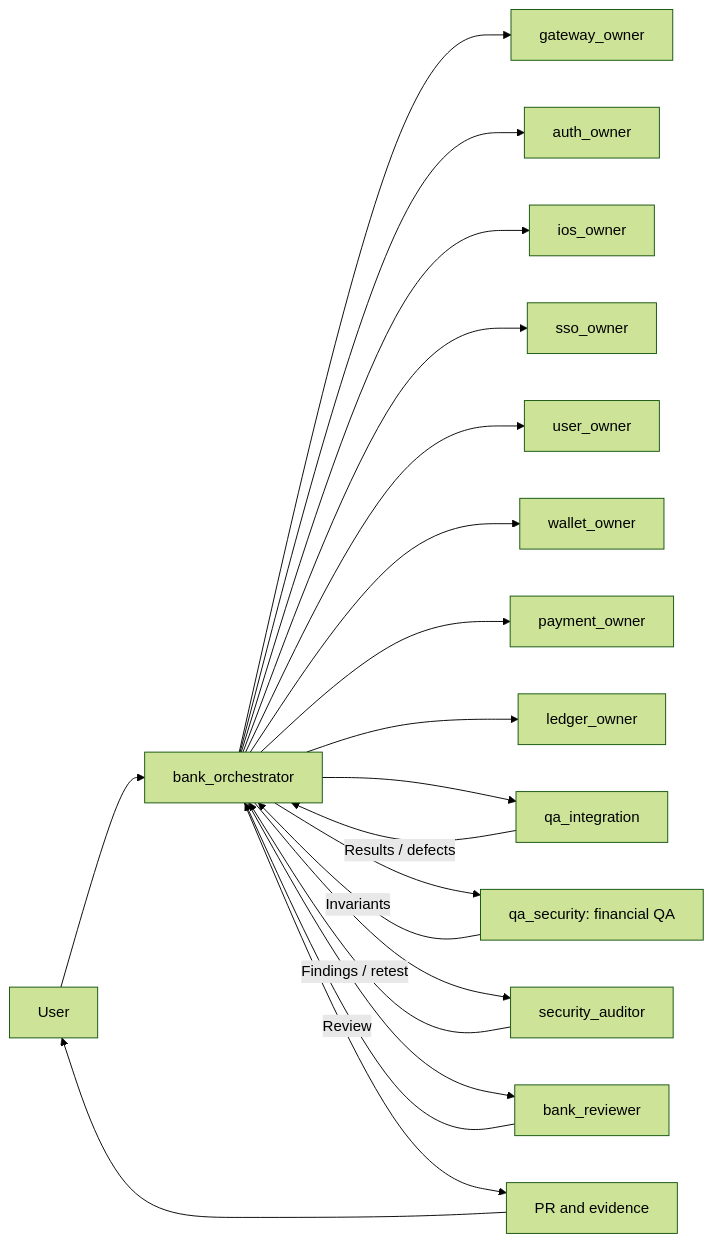
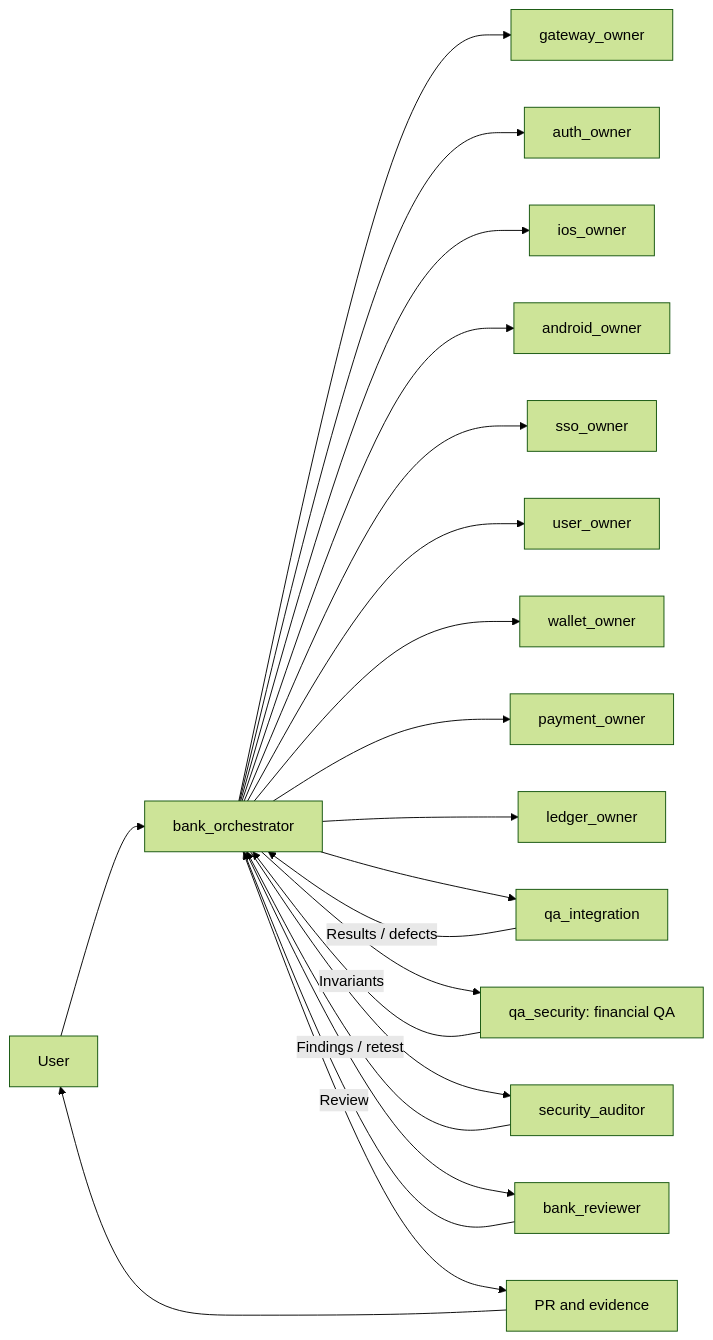
Before and after one commit to aarbabaev/ArMoney: diagram 11 of 14 in ARCHITECTURE.md, drawn with Mermaid (forest theme). The commit also changed other lines of this file and 41 other files, not shown here.

````diff
--- a/ARCHITECTURE.md
+++ b/ARCHITECTURE.md
@@ -417,22 +426,23 @@
 ```mermaid
 flowchart LR
     H["User"] --> O["bank_orchestrator"]
     O --> G["gateway_owner"]
     O --> A["auth_owner"]
     O --> IOS["ios_owner"]
+    O --> ANDROID["android_owner"]
     O --> SSO["sso_owner"]
     O --> U["user_owner"]
     O --> W["wallet_owner"]
     O --> P["payment_owner"]
     O --> L["ledger_owner"]
     O --> QI["qa_integration"]
     O --> QF["qa_security: financial QA"]
     O --> S["security_auditor"]
     O --> R["bank_reviewer"]
     QI -->|"Results / defects"| O
     QF -->|"Invariants"| O
     S -->|"Findings / retest"| O
     R -->|"Review"| O
     O --> PR["PR and evidence"]
     PR --> H
 ```
````
